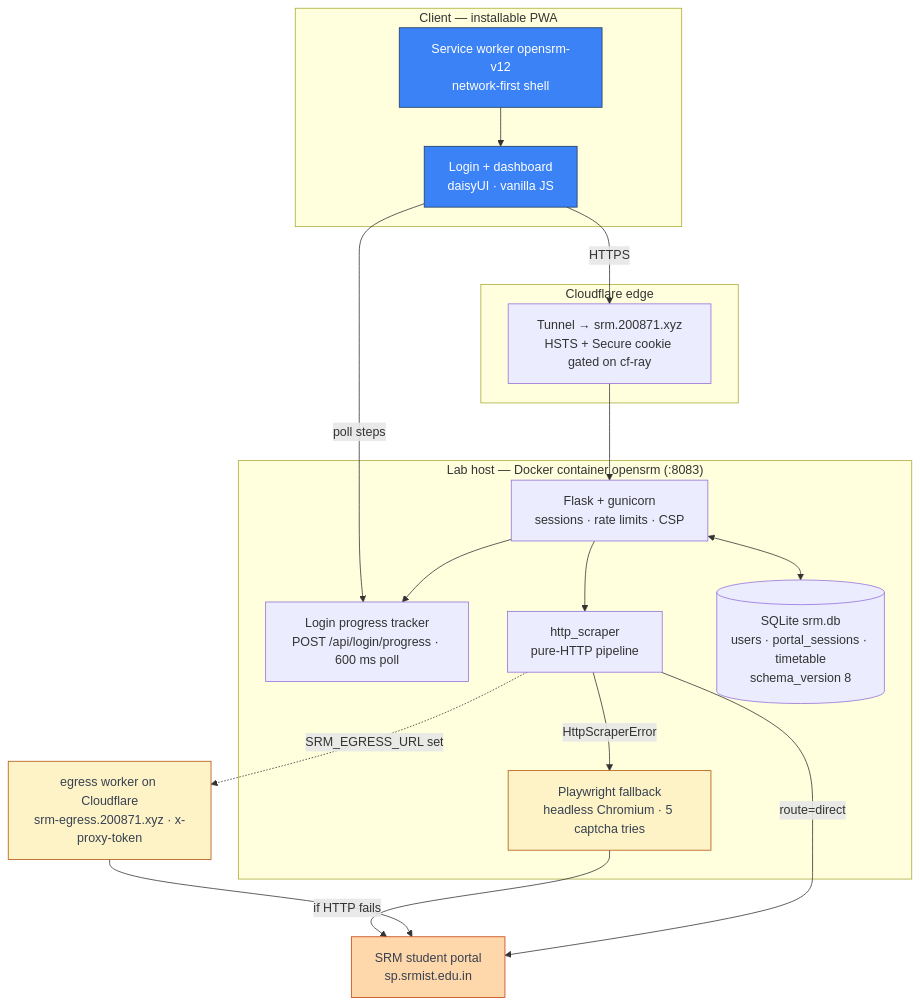
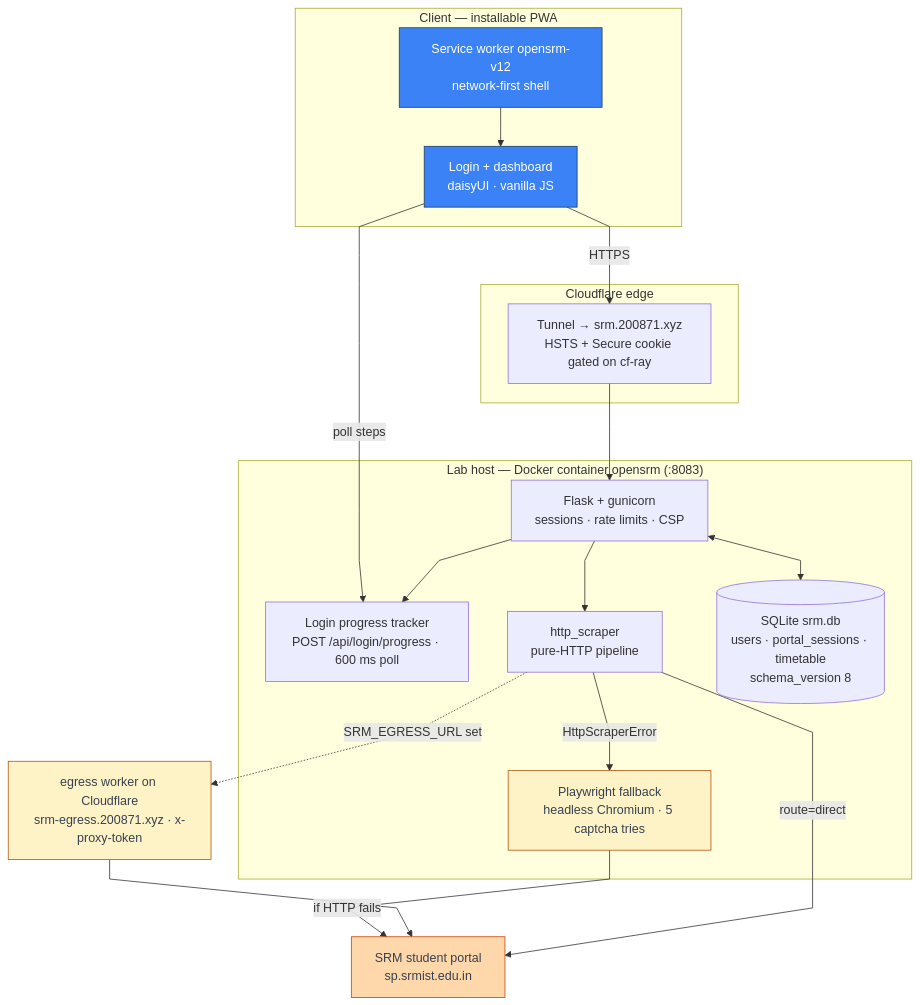
Before and after one commit to thenabbu/OpenSRM: the first of 3 diagrams in README.md, drawn with Mermaid.

Commit message:
docs(readme): architecture diagram gets curve:linear — GitHub's renderer trips on the curved cross-cluster edges
GitHub rendered block 0 as 'Unable to render rich display: Could not find
a suitable point for the given distance' while Kroki (200) and local
mermaid 10.9.3 + 11.17.2 at 600-1280px all rendered it fine — the known
GitHub-fork layout bug on long curved edges (mermaid-js #6329/#6452/#6022,
same failure fixed upstream via curve handling). Verified fix pattern
from a public repo that hit the identical GitHub error: linear edge curve.

Kroki re-validated HTTP 200; parse gate 3/3; blocks 2 and 3 already
render live on GitHub (iframe + no error box).

````diff
--- a/README.md
+++ b/README.md
@@ -64,42 +64,43 @@
 ```mermaid
+%%{init: {"flowchart": {"curve": "linear"}}}%%
 flowchart TD
     subgraph client["Client — installable PWA"]
         UI["Login + dashboard<br/>daisyUI · vanilla JS"]
         SW["Service worker opensrm-v12<br/>network-first shell"]
     end
 
     subgraph edge["Cloudflare edge"]
         TUN["Tunnel → srm.200871.xyz<br/>HSTS + Secure cookie gated on cf-ray"]
     end
 
     subgraph lab["Lab host — Docker container opensrm (:8083)"]
         FL["Flask + gunicorn<br/>sessions · rate limits · CSP"]
         PROG["Login progress tracker<br/>POST /api/login/progress · 600 ms poll"]
         HS["http_scraper<br/>pure-HTTP pipeline"]
         PW["Playwright fallback<br/>headless Chromium · 5 captcha tries"]
         DB[("SQLite srm.db<br/>users · portal_sessions · timetable<br/>schema_version 8")]
         FL --> PROG
         FL <--> DB
         FL --> HS
         HS -->|"HttpScraperError"| PW
     end
 
     EG["egress worker on Cloudflare<br/>srm-egress.200871.xyz · x-proxy-token"]
     P["SRM student portal<br/>sp.srmist.edu.in"]
 
     UI -->|"HTTPS"| TUN
     TUN --> FL
     SW --> UI
     UI -->|"poll steps"| PROG
     HS -->|"route=direct"| P
     HS -.->|"SRM_EGRESS_URL set"| EG
     EG --> P
     PW -->|"if HTTP fails"| P
 
     classDef client fill:#3b82f6,stroke:#1e3a5f,color:#ffffff
     classDef conditional fill:#fef3c7,stroke:#b45309,color:#374151
     classDef external fill:#fed7aa,stroke:#c2410c,color:#374151
     class UI,SW client
     class PW,EG conditional
     class P external
 ```
````
